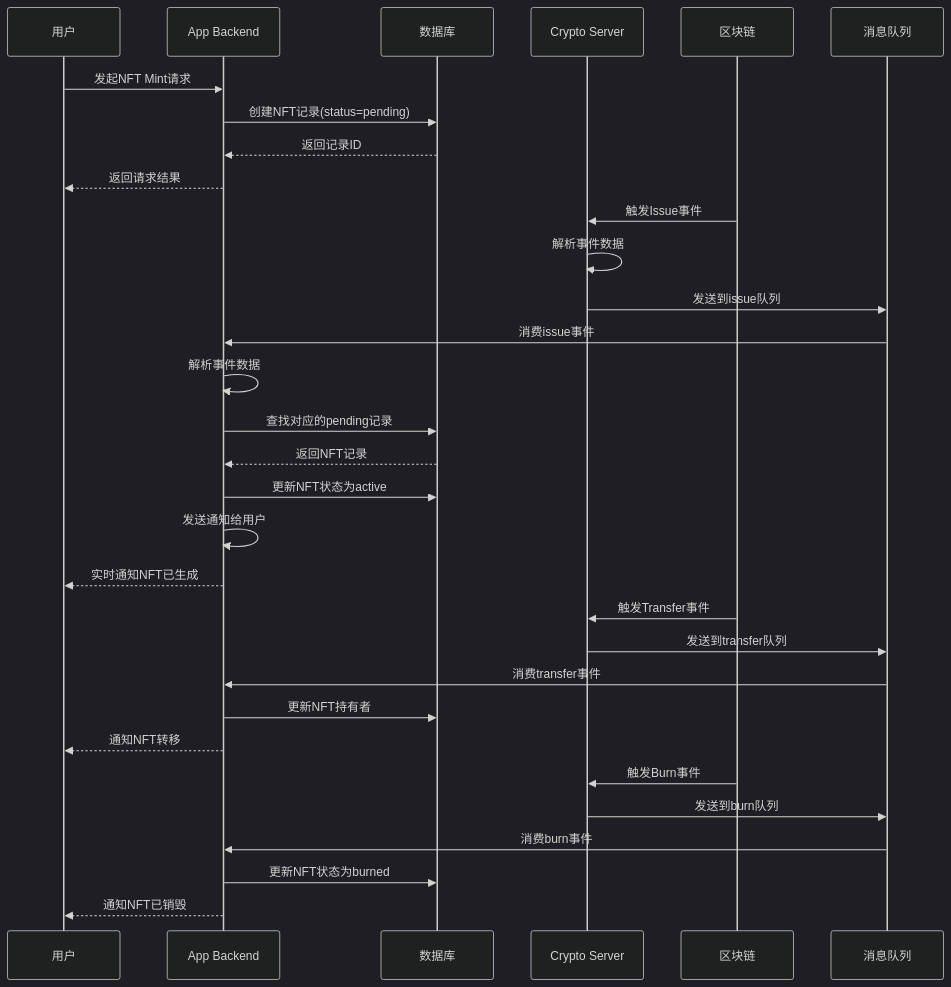
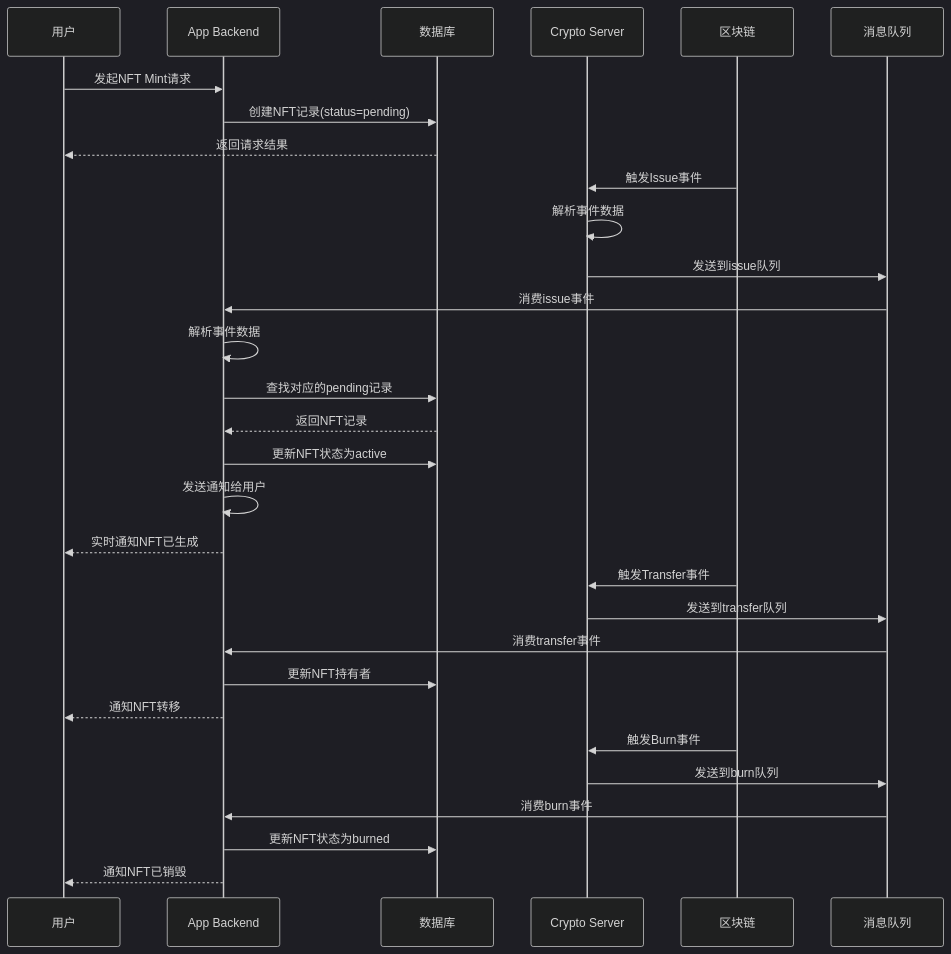
Before and after one commit to yingjianzh/iodraw-files: the diagram in all/未命名-71.md, drawn with Mermaid (dark theme).

Commit message:
2025-07-03 17:19:42 update

````diff
--- a/all/未命名-71.md
+++ b/all/未命名-71.md
@@ -1,43 +1,42 @@
 ```mermaid
 sequenceDiagram
     participant U as 用户
     participant AB as App Backend
     participant DB as 数据库
     participant CS as Crypto Server
     participant BC as 区块链
     participant MQ as 消息队列
     
     %% NFT Mint 流程
     U->>AB: 发起NFT Mint请求
     AB->>DB: 创建NFT记录(status=pending)
-    DB-->>AB: 返回记录ID
-    AB-->>U: 返回请求结果
+    DB-->>U: 返回请求结果
     
     %% 区块链事件监听
     BC->>CS: 触发Issue事件
     CS->>CS: 解析事件数据
     CS->>MQ: 发送到issue队列
     
     %% App Backend 处理
     MQ->>AB: 消费issue事件
     AB->>AB: 解析事件数据
     AB->>DB: 查找对应的pending记录
     DB-->>AB: 返回NFT记录
     AB->>DB: 更新NFT状态为active
     AB->>AB: 发送通知给用户
     AB-->>U: 实时通知NFT已生成
     
     %% Transfer 事件处理
     BC->>CS: 触发Transfer事件
     CS->>MQ: 发送到transfer队列
     MQ->>AB: 消费transfer事件
     AB->>DB: 更新NFT持有者
     AB-->>U: 通知NFT转移
     
     %% Burn 事件处理
     BC->>CS: 触发Burn事件
     CS->>MQ: 发送到burn队列
     MQ->>AB: 消费burn事件
     AB->>DB: 更新NFT状态为burned
     AB-->>U: 通知NFT已销毁
 ```
````
